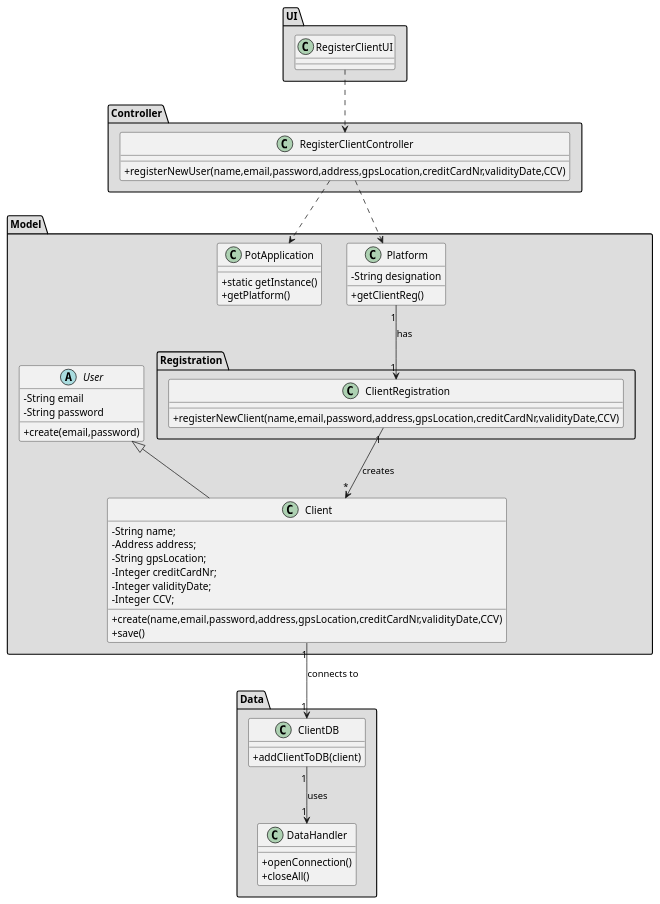
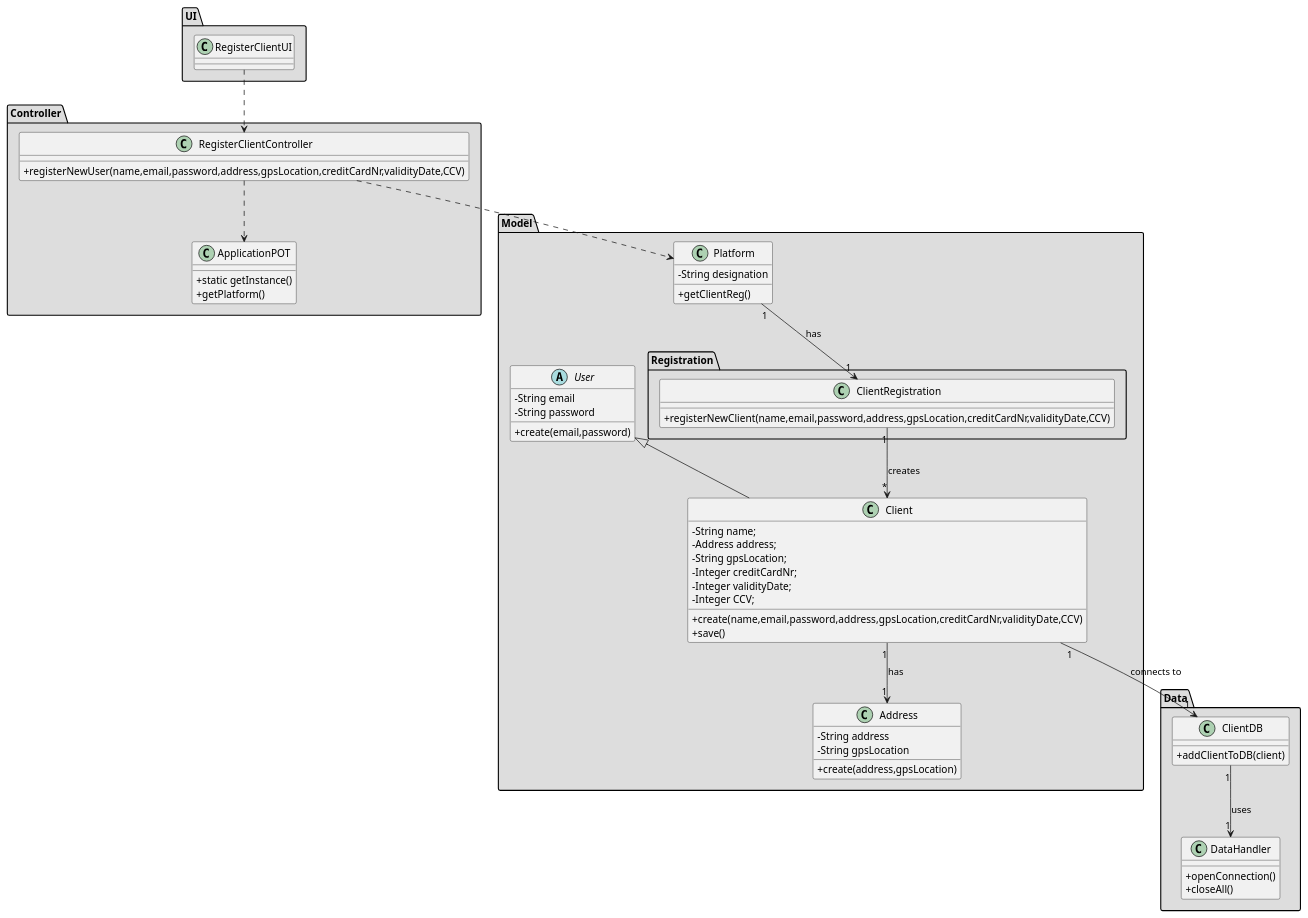
One commit to tiagoavcosta25/LAPR3 changed the diagram in docs/Iteration 1/User Management/US18_RegisterClient/US18_CD.puml. Above: the diagram before and after it, drawn with PlantUML. The commit also changed 8 other files, not shown here.

```diff
--- a/docs/Iteration 1/User Management/US18_RegisterClient/US18_CD.puml
+++ b/docs/Iteration 1/User Management/US18_RegisterClient/US18_CD.puml
@@ -1,85 +1,92 @@
 @startuml
 skinparam classAttributeIconSize 0
 
 
-package "Model" #DDDDDD {
-class PotApplication
+package "Controller" #DDDDDD {
+class ApplicationPOT
 {
   +static getInstance()
   +getPlatform()
 }
 }
 
 
 package "UI" #DDDDDD {
 class RegisterClientUI{
 
 }
 }
 
 
 package "Controller" #DDDDDD {
 class RegisterClientController{
 +registerNewUser(name,email,password,address,gpsLocation,creditCardNr,validityDate,CCV)
 }
 }
 
 
 package "Model" #DDDDDD {
 class Platform {
   -String designation
   +getClientReg()
 }
 package "Registration" #DDDDDD {
  class ClientRegistration{
  +registerNewClient(name,email,password,address,gpsLocation,creditCardNr,validityDate,CCV)
  }
  }
 }
 
 
 
 
 package "Model" #DDDDDD {
 abstract class User{
 -String email
 -String password
 +create(email,password)
 }
 
 class Client extends User
 
 class Client{
 -String name;
 -Address address;
 -String gpsLocation;
 -Integer creditCardNr;
 -Integer validityDate;
 -Integer CCV;
 +create(name,email,password,address,gpsLocation,creditCardNr,validityDate,CCV)
 +save()
 }
 
+class Address{
+-String address
+-String gpsLocation
++create(address,gpsLocation)
+}
+
 }
 
 
 package "Data" #DDDDDD {
 class DataHandler{
 +openConnection()
 +closeAll()
 }
     class ClientDB{
    +addClientToDB(client)
 }
 }
 
 
 RegisterClientUI ..> RegisterClientController
 RegisterClientController ..> Platform
-RegisterClientController ..> PotApplication
+RegisterClientController ..> ApplicationPOT
 Platform "1" --> "1" ClientRegistration : has
 ClientRegistration "1" --> "*" Client : creates
 Client "1" --> "1" ClientDB : connects to
+Client "1" --> "1" Address : has
 ClientDB "1" --> "1" DataHandler : uses
 
 @enduml
```
